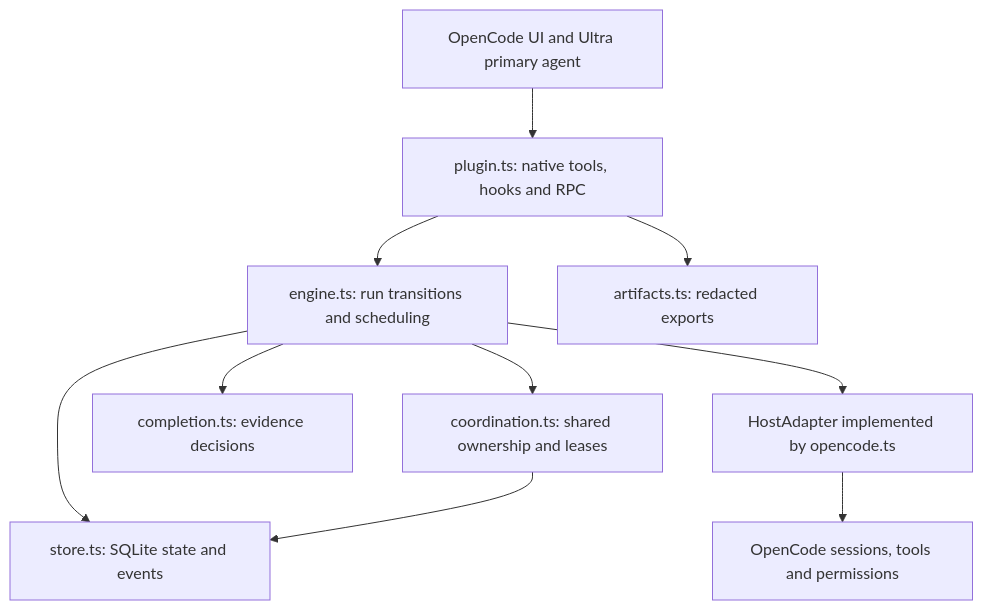
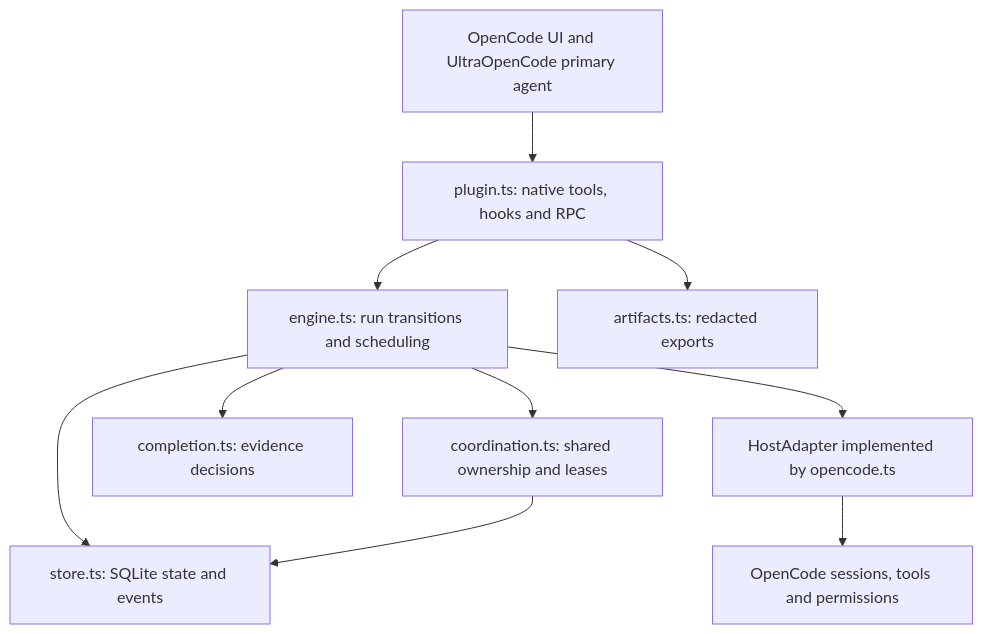
One commit to expiracy/gigacode changed the diagram in docs/architecture.md. Above: the diagram before and after it, drawn with Mermaid. The commit also changed other lines of this file and 75 other files, not shown here.

Commit message:
Rename project and commands to UltraOpenCode

````diff
--- a/docs/architecture.md
+++ b/docs/architecture.md
@@ -13,12 +13,12 @@
 ```mermaid
 flowchart TD
-    UI["OpenCode UI and Ultra primary agent"] --> Plugin["plugin.ts: native tools, hooks and RPC"]
+    UI["OpenCode UI and UltraOpenCode primary agent"] --> Plugin["plugin.ts: native tools, hooks and RPC"]
     Plugin --> Engine["engine.ts: run transitions and scheduling"]
     Engine --> Coordination["coordination.ts: shared ownership and leases"]
     Engine --> Completion["completion.ts: evidence decisions"]
     Engine --> Store["store.ts: SQLite state and events"]
     Coordination --> Store
     Engine --> Adapter["HostAdapter implemented by opencode.ts"]
     Adapter --> Native["OpenCode sessions, tools and permissions"]
     Plugin --> Artifacts["artifacts.ts: redacted exports"]
 ```
````
